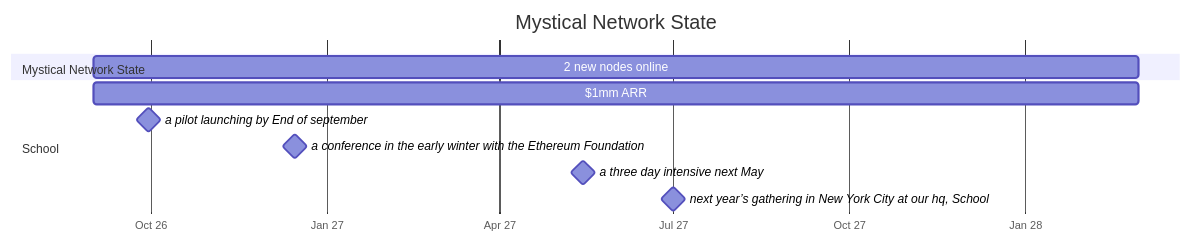
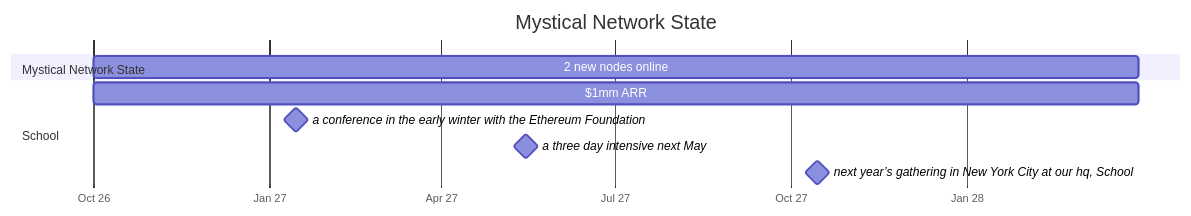
The eighth of 9 diagrams in guild/ONE-GUILD.md (jameslbarnes/oneguild), drawn with Mermaid before and after one commit. The commit also changed other lines of this file and 28 other files, not shown here.

Commit message:
Guild: dates & numbers interview pass 1, UnLimited Partners rename, raise on timeline

````diff
--- a/guild/ONE-GUILD.md
+++ b/guild/ONE-GUILD.md
@@ -748,15 +807,14 @@
 ```mermaid
 gantt
   title Mystical Network State
   dateFormat YYYY-MM-DD
   axisFormat %b %y
   todayMarker stroke-width:2px,stroke:#d33
   section Mystical Network State
-    2 new nodes online :2026-09-01, 2028-02-29
+    2 new nodes online :2026-10-01, 2028-03-31
   section School
-    $1mm ARR :2026-09-01, 2028-02-29
-    a pilot launching by End of september :milestone, 2026-09-30, 0d
-    a conference in the early winter with the Ethereum Foundation :milestone, 2026-12-15, 0d
+    $1mm ARR :2026-10-01, 2028-03-31
+    a conference in the early winter with the Ethereum Foundation :milestone, 2027-01-15, 0d
     a three day intensive next May :milestone, 2027-05-15, 0d
-    next year’s gathering in New York City at our hq, School :milestone, 2027-07-01, 0d
+    next year’s gathering in New York City at our hq, School :milestone, 2027-10-15, 0d
 ```
````
